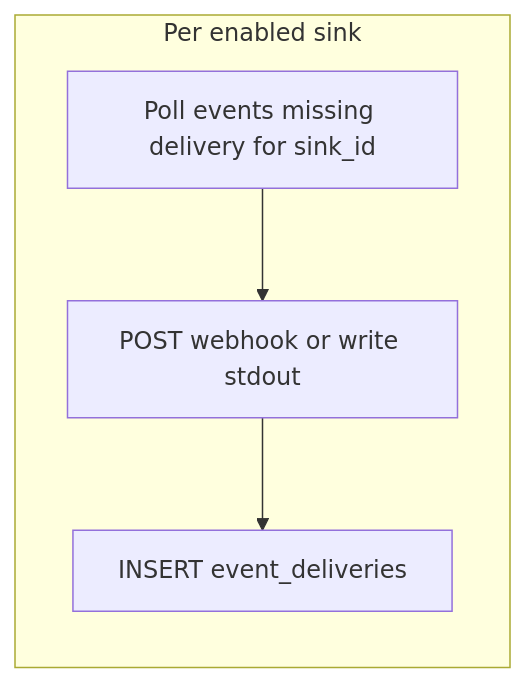
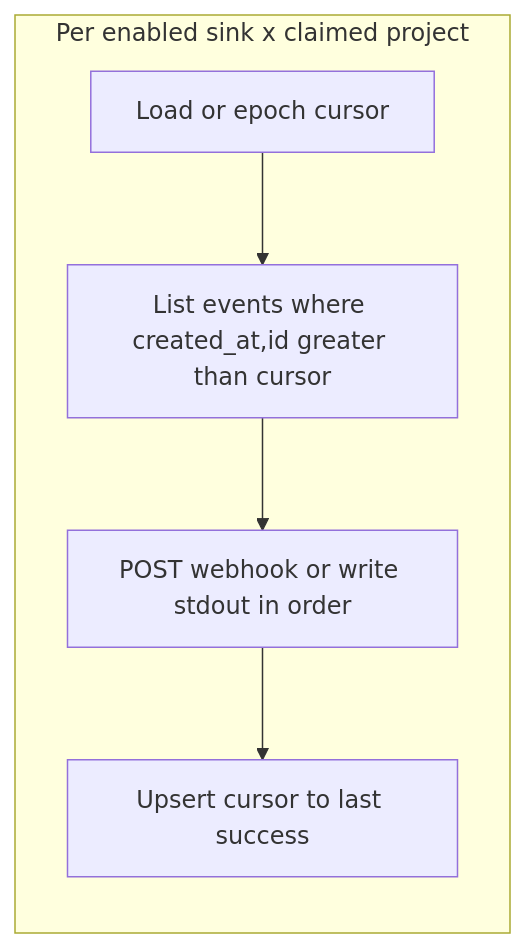
Before and after one commit to zitadel/nextgen: the diagram in docs/adrs/049-events-api-retention-export.md, drawn with Mermaid. The commit also changed other lines of this file and 252 other files, not shown here.

````diff
--- a/docs/adrs/049-events-api-retention-export.md
+++ b/docs/adrs/049-events-api-retention-export.md
@@ -268,9 +275,10 @@
 ```mermaid
 flowchart LR
-  subgraph perSink [Per enabled sink]
-    Poll["Poll events missing delivery for sink_id"]
-    Deliver[POST webhook or write stdout]
-    Record["INSERT event_deliveries"]
+  subgraph perSinkProject [Per enabled sink x claimed project]
+    LoadCursor[Load or epoch cursor]
+    Poll["List events where created_at,id greater than cursor"]
+    Deliver[POST webhook or write stdout in order]
+    Advance[Upsert cursor to last success]
   end
-  Poll --> Deliver --> Record
+  LoadCursor --> Poll --> Deliver --> Advance
 ```
````
